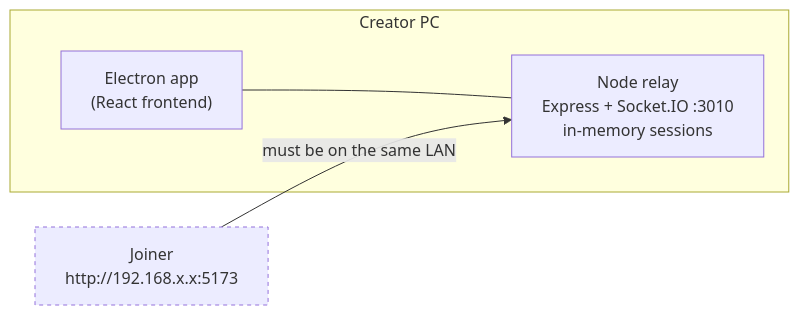
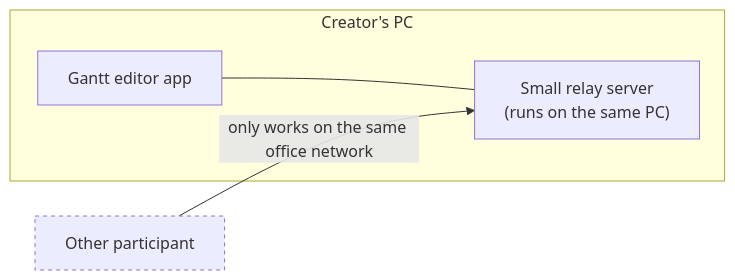
Before and after one commit to WhiTeXCharGe/TF_Testing: the first of 9 diagrams in GanttChartEditor/GanttChartEditor_OnlineCollabAzure_Presentation20260904.md, drawn with Mermaid. The commit also changed other lines of this file and 1 other file, not shown here.

````diff
--- a/GanttChartEditor/GanttChartEditor_OnlineCollabAzure_Presentation20260904.md
+++ b/GanttChartEditor/GanttChartEditor_OnlineCollabAzure_Presentation20260904.md
@@ -14,12 +15,12 @@
 ```mermaid
 flowchart LR
-  subgraph creator["Creator PC"]
-    E["Electron app<br/>(React frontend)"]
-    S["Node relay<br/>Express + Socket.IO :3010<br/>in-memory sessions"]
+  subgraph creator["Creator's PC"]
+    E["Gantt editor app"]
+    S["Small relay server<br/>(runs on the same PC)"]
     E --- S
   end
-  J["Joiner<br/>http://192.168.x.x:5173"]
-  J -- "must be on the same LAN" --> S
+  J["Other participant"]
+  J -- "only works on the same office network" --> S
 
   style J stroke-dasharray: 4 4
 ```
````
